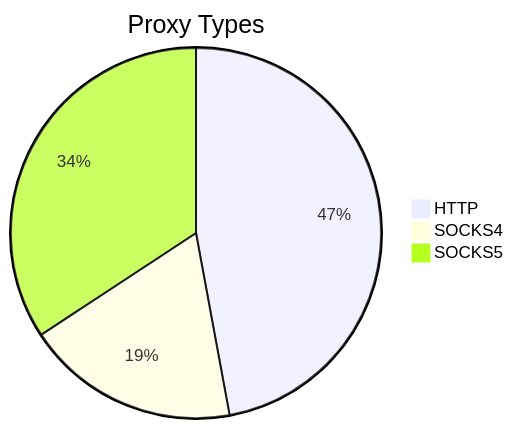
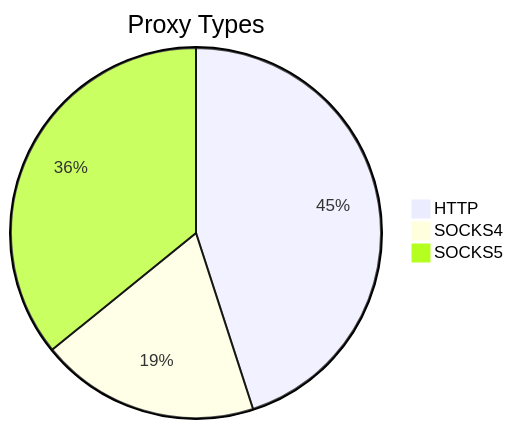
One commit to stormsia/proxy-list changed the first of 2 diagrams in README.md. Above: the diagram before and after it, drawn with Mermaid. The commit also changed other lines of this file, not shown here.

````diff
--- a/README.md
+++ b/README.md
@@ -21,6 +21,6 @@
 ```mermaid
 pie title Proxy Types
-    "HTTP" : 154
-    "SOCKS4" : 61
-    "SOCKS5" : 112
+    "HTTP" : 167
+    "SOCKS4" : 71
+    "SOCKS5" : 133
 ```
````
